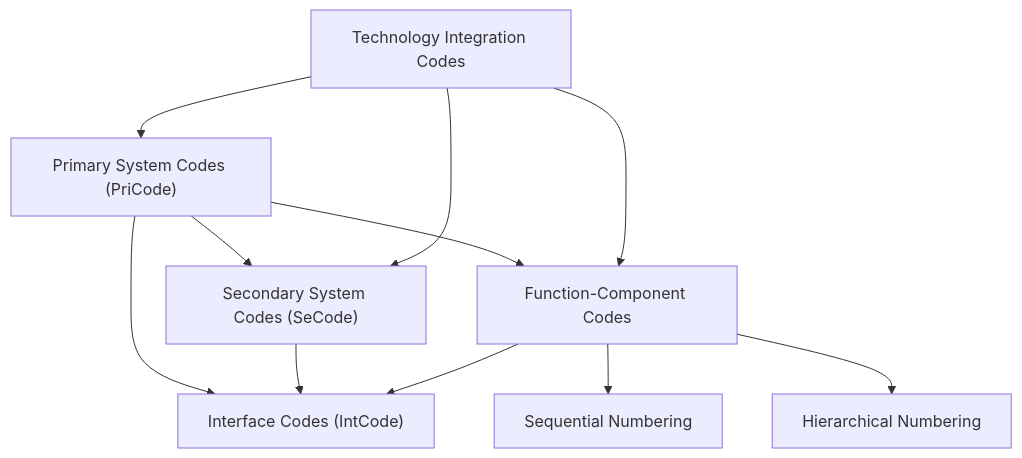
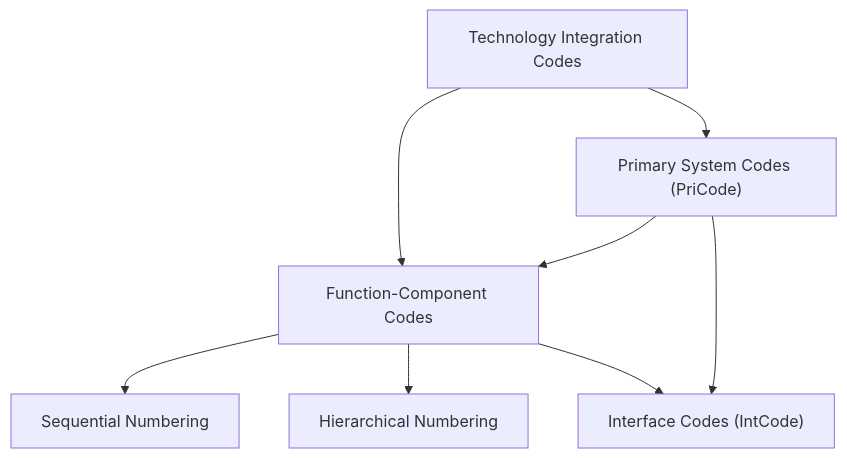
The first of 12 diagrams in README.md (ampel360/Robbbo-T), drawn with Mermaid before and after one commit. The commit also changed other lines of this file, not shown here.

````diff
--- a/README.md
+++ b/README.md
@@ -159,14 +213,10 @@
 ```mermaid
 graph TD;
-    A["Primary System Codes (PriCode)"]-->B["Secondary System Codes (SeCode)"]
-    A-->C["Function-Component Codes"]
-    C-->D["Sequential Numbering"]
-    C-->E["Hierarchical Numbering"]
-    A-->F["Interface Codes (IntCode)"]
-    B-->F
-    C-->F
-    G["Technology Integration Codes"]-->A
-    G-->B
-    G-->C
-
+    A["Primary System Codes (PriCode)"]-->C["Function-Component Codes"];
+    C-->D["Sequential Numbering"];
+    C-->E["Hierarchical Numbering"];
+    A-->F["Interface Codes (IntCode)"];
+    C-->F;
+    G["Technology Integration Codes"]-->A;
+    G-->C;
 ```
````
